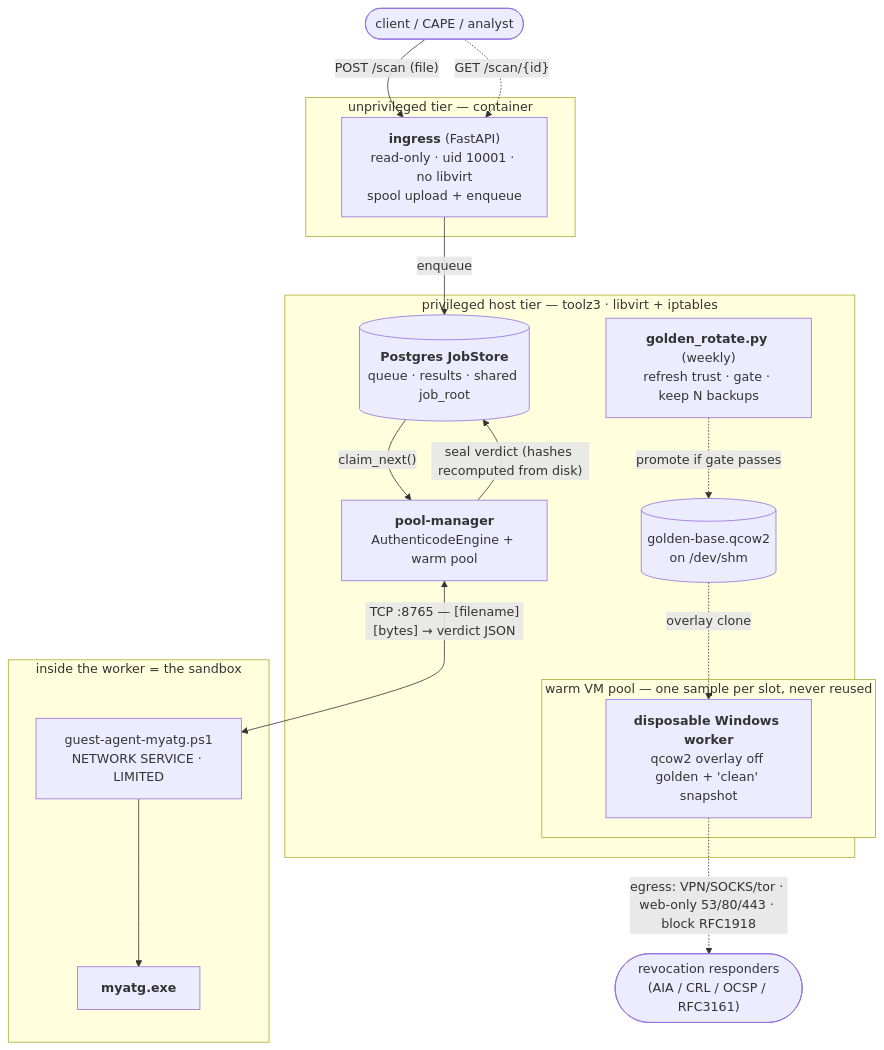
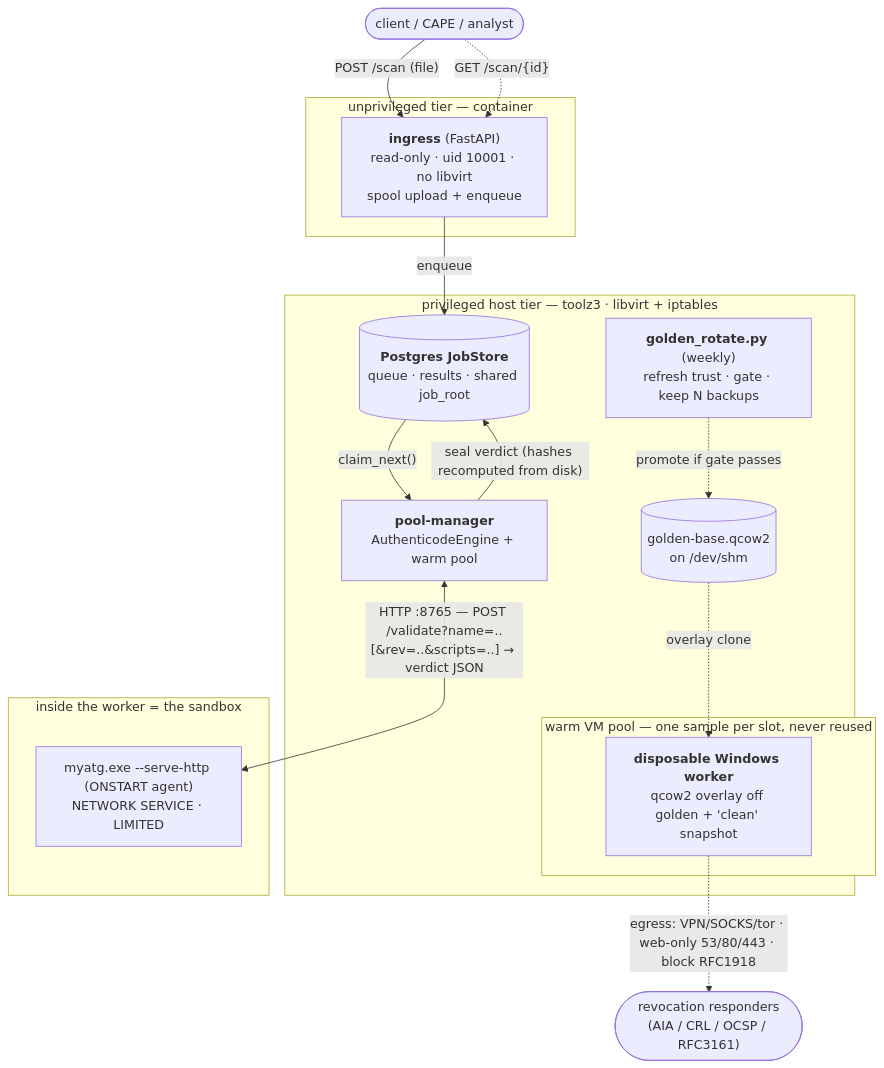
Before and after one commit to wmetcalf/win-validator: the first of 2 diagrams in README.md, drawn with Mermaid. The commit also changed other lines of this file and 8 other files, not shown here.

````diff
--- a/README.md
+++ b/README.md
@@ -24,33 +24,33 @@
 ```mermaid
 flowchart TB
     client(["client / CAPE / analyst"]) -->|"POST /scan (file)"| ingress
     client -.->|"GET /scan/{id}"| ingress
 
     subgraph unpriv["unprivileged tier — container"]
         ingress["<b>ingress</b> (FastAPI)<br/>read-only · uid 10001 · no libvirt<br/>spool upload + enqueue"]
     end
 
     pg[("<b>Postgres JobStore</b><br/>queue · results · shared job_root")]
     ingress -->|enqueue| pg
 
     subgraph host["privileged host tier — toolz3 · libvirt + iptables"]
         pm["<b>pool-manager</b><br/>AuthenticodeEngine + warm pool"]
         pg -->|"claim_next()"| pm
         pm -->|"seal verdict (hashes recomputed from disk)"| pg
 
         golden[("golden-base.qcow2<br/>on /dev/shm")]
         rotate["<b>golden_rotate.py</b> (weekly)<br/>refresh trust · gate · keep N backups"] -.->|promote if gate passes| golden
 
         subgraph pool["warm VM pool — one sample per slot, never reused"]
             w["<b>disposable Windows worker</b><br/>qcow2 overlay off golden + 'clean' snapshot"]
         end
         golden -.->|overlay clone| w
     end
 
     subgraph vm["inside the worker = the sandbox"]
-        agent["guest-agent-myatg.ps1<br/>NETWORK SERVICE · LIMITED"] --> myatg["<b>myatg.exe</b>"]
+        agent["myatg.exe --serve-http (ONSTART agent)<br/>NETWORK SERVICE · LIMITED"]
     end
 
-    pm <-->|"TCP :8765 — [filename][bytes] → verdict JSON"| agent
+    pm <-->|"HTTP :8765 — POST /validate?name=..[&rev=..&scripts=..] → verdict JSON"| agent
     w -.->|"egress: VPN/SOCKS/tor · web-only 53/80/443 · block RFC1918"| resp(["revocation responders<br/>(AIA / CRL / OCSP / RFC3161)"])
 ```
````
